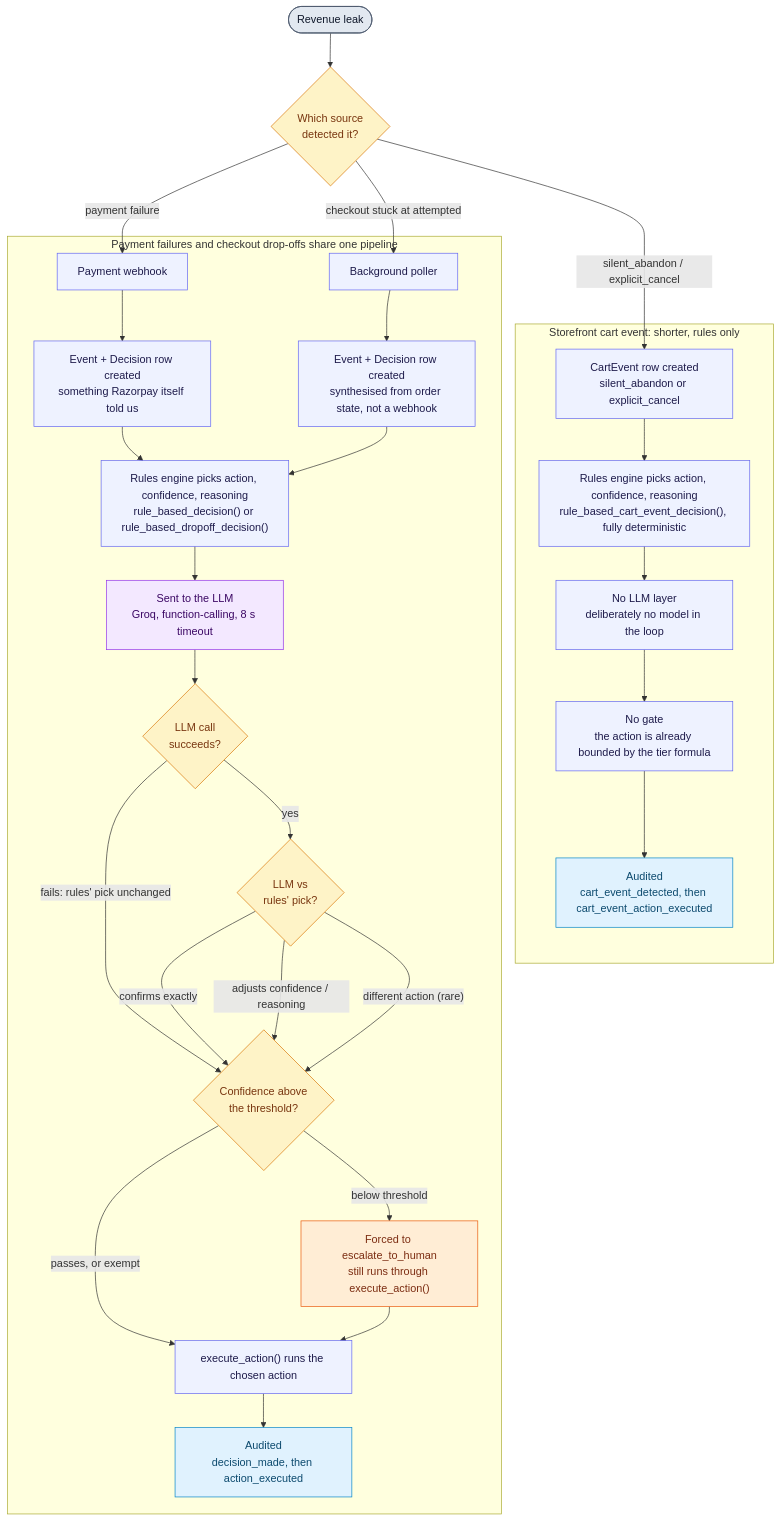
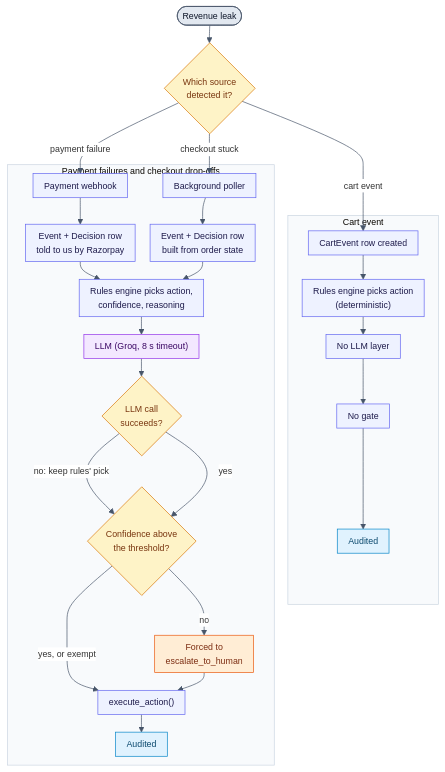
The third of 8 diagrams in README.md (Lakshaykhatri231/Backstop), drawn with Mermaid before and after one commit. The commit also changed other lines of this file, not shown here.

Commit message:
Personalised voice agent, Dragon HD pace and pauses, architecture diagrams in README

````diff
--- a/README.md
+++ b/README.md
@@ -235,48 +236,45 @@
 ```mermaid
+%%{init: {'theme':'base','themeVariables':{'fontSize':'13px','edgeLabelBackground':'#ffffff','lineColor':'#475569','clusterBkg':'#f8fafc','clusterBorder':'#cbd5e1'},'flowchart':{'nodeSpacing':22,'rankSpacing':26,'padding':8,'htmlLabels':true}}}%%
 flowchart TD
     LEAK(["Revenue leak"]) --> SRC{"Which source<br/>detected it?"}
     SRC -- "payment failure" --> W["Payment webhook"]
-    SRC -- "checkout stuck at attempted" --> POLL["Background poller"]
-    SRC -- "silent_abandon / explicit_cancel" --> CE
+    SRC -- "checkout stuck" --> POLL["Background poller"]
+    SRC -- "cart event" --> CE
 
-    subgraph SH["Payment failures and checkout drop-offs share one pipeline"]
-      W --> EV1["Event + Decision row created<br/>something Razorpay itself told us"]
-      POLL --> EV2["Event + Decision row created<br/>synthesised from order state, not a webhook"]
+    subgraph SH["Payment failures and checkout drop-offs"]
+      W --> EV1["Event + Decision row<br/>told to us by Razorpay"]
+      POLL --> EV2["Event + Decision row<br/>built from order state"]
       EV1 --> RULES
-      EV2 --> RULES["Rules engine picks action, confidence, reasoning<br/>rule_based_decision() or rule_based_dropoff_decision()"]
-      RULES --> LLM["Sent to the LLM<br/>Groq, function-calling, 8 s timeout"]
+      EV2 --> RULES["Rules engine picks action,<br/>confidence, reasoning"]
+      RULES --> LLM["LLM (Groq, 8 s timeout)"]
       LLM --> OK{"LLM call<br/>succeeds?"}
-      OK -- "fails: rules' pick unchanged" --> GATE
-      OK -- yes --> CMP{"LLM vs<br/>rules' pick?"}
-      CMP -- "confirms exactly" --> GATE
-      CMP -- "adjusts confidence / reasoning" --> GATE
-      CMP -- "different action (rare)" --> GATE
-      GATE{"Confidence above<br/>the threshold?"}
-      GATE -- "passes, or exempt" --> EXEC["execute_action() runs the chosen action"]
-      GATE -- "below threshold" --> ESC["Forced to escalate_to_human<br/>still runs through execute_action()"]
+      OK -- "no: keep rules' pick" --> GATE
+      OK -- yes --> GATE{"Confidence above<br/>the threshold?"}
+      GATE -- "yes, or exempt" --> EXEC["execute_action()"]
+      GATE -- "no" --> ESC["Forced to<br/>escalate_to_human"]
       ESC --> EXEC
-      EXEC --> AUD["Audited<br/>decision_made, then action_executed"]
+      EXEC --> AUD["Audited"]
     end
 
-    subgraph CT["Storefront cart event: shorter, rules only"]
-      CE["CartEvent row created<br/>silent_abandon or explicit_cancel"] --> CR["Rules engine picks action, confidence, reasoning<br/>rule_based_cart_event_decision(), fully deterministic"]
-      CR --> NL["No LLM layer<br/>deliberately no model in the loop"]
-      NL --> NG["No gate<br/>the action is already bounded by the tier formula"]
-      NG --> AUD2["Audited<br/>cart_event_detected, then cart_event_action_executed"]
+    subgraph CT["Cart event"]
+      CE["CartEvent row created"] --> CR["Rules engine picks action<br/>(deterministic)"]
+      CR --> NL["No LLM layer"]
+      NL --> NG["No gate"]
+      NG --> AUD2["Audited"]
     end
 
     POLL ~~~ CE
 
     classDef start fill:#e2e8f0,stroke:#475569,color:#0f172a
     classDef step fill:#eef2ff,stroke:#6366f1,color:#1e1b4b
     classDef ask fill:#fef3c7,stroke:#d97706,color:#78350f
     classDef ai fill:#f3e8ff,stroke:#9333ea,color:#3b0764
     classDef person fill:#ffedd5,stroke:#ea580c,color:#7c2d12
     classDef log fill:#e0f2fe,stroke:#0284c7,color:#0c4a6e
     class LEAK start
     class W,POLL,EV1,EV2,RULES,EXEC,CE,CR,NL,NG step
-    class SRC,OK,CMP,GATE ask
+    class SRC,OK,GATE ask
     class LLM ai
     class ESC person
     class AUD,AUD2 log
 ```
````
